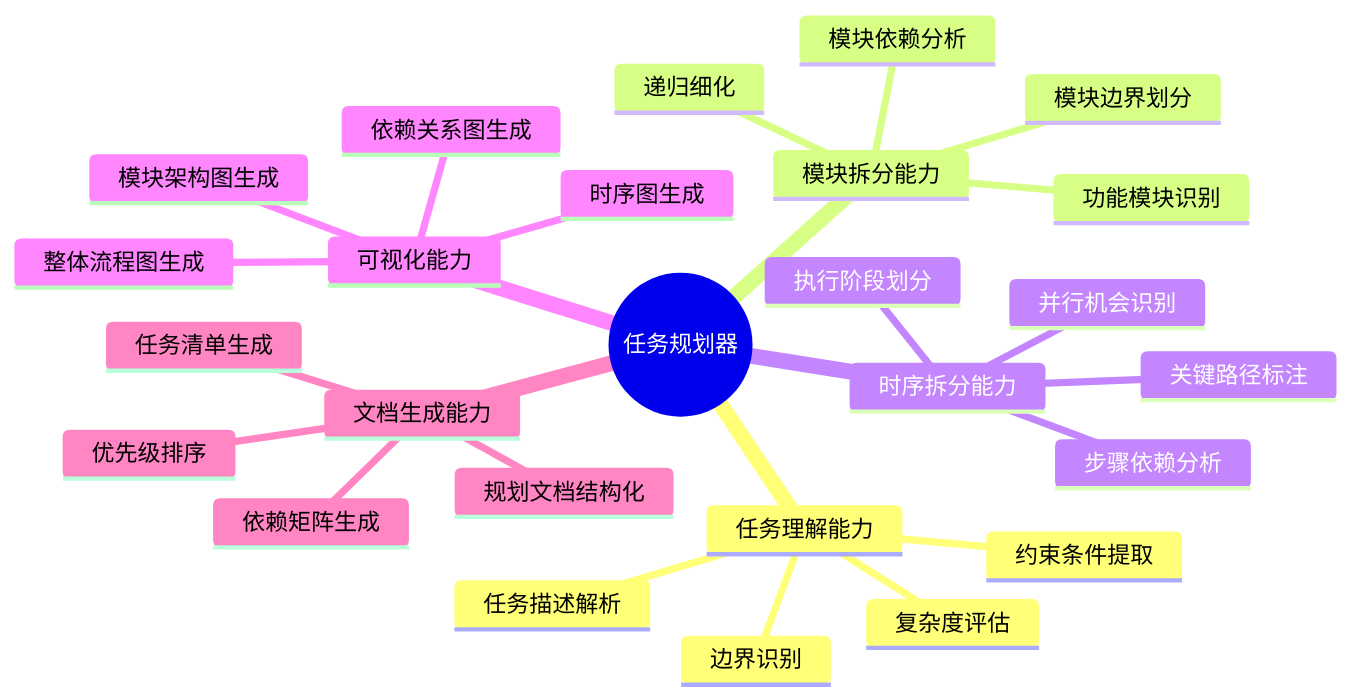
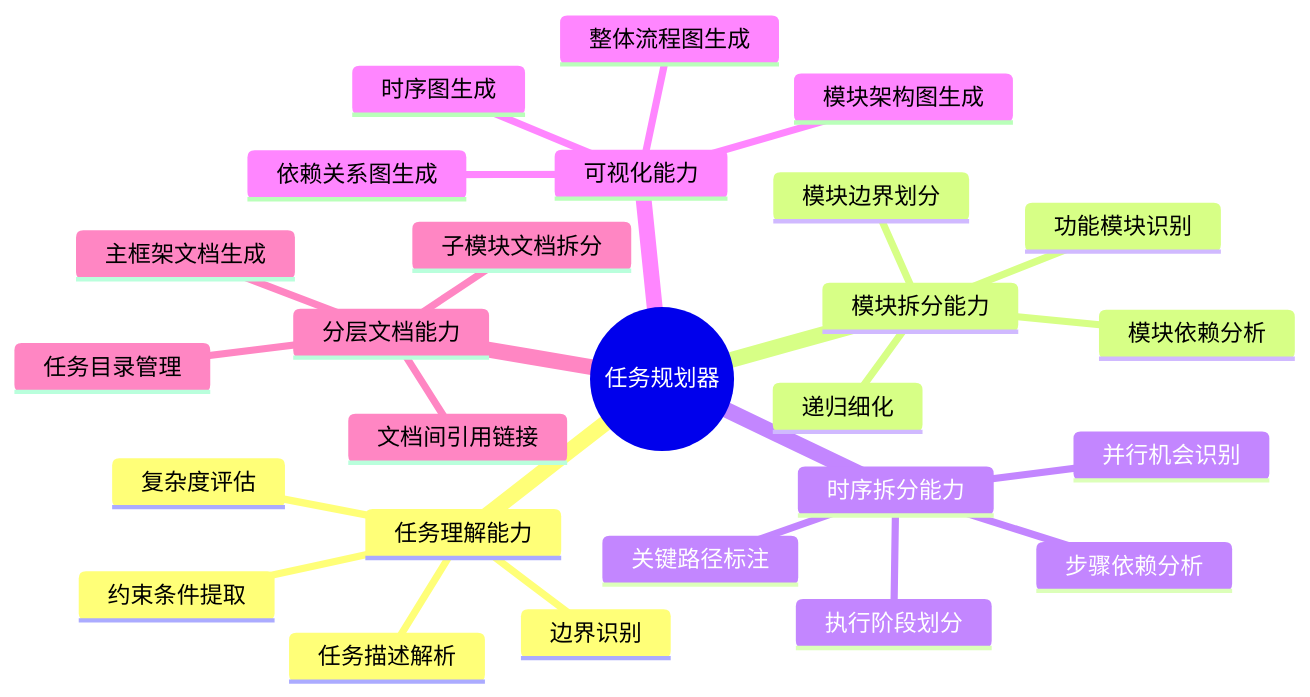
One commit to JIA-ss/agents changed the first of 8 diagrams in agents/task-planner.md. Above: the diagram before and after it, drawn with Mermaid. The commit also changed other lines of this file and 4 other files, not shown here.

````diff
--- a/agents/task-planner.md
+++ b/agents/task-planner.md
@@ -23,29 +24,29 @@
 ```mermaid
 mindmap
   root((任务规划器))
     任务理解能力
       任务描述解析
       复杂度评估
       边界识别
       约束条件提取
     模块拆分能力
       功能模块识别
       模块边界划分
       模块依赖分析
       递归细化
     时序拆分能力
       执行阶段划分
       步骤依赖分析
       并行机会识别
       关键路径标注
     可视化能力
       整体流程图生成
       模块架构图生成
       时序图生成
       依赖关系图生成
-    文档生成能力
-      规划文档结构化
-      任务清单生成
-      依赖矩阵生成
-      优先级排序
+    分层文档能力
+      主框架文档生成
+      子模块文档拆分
+      任务目录管理
+      文档间引用链接
 ```
````
